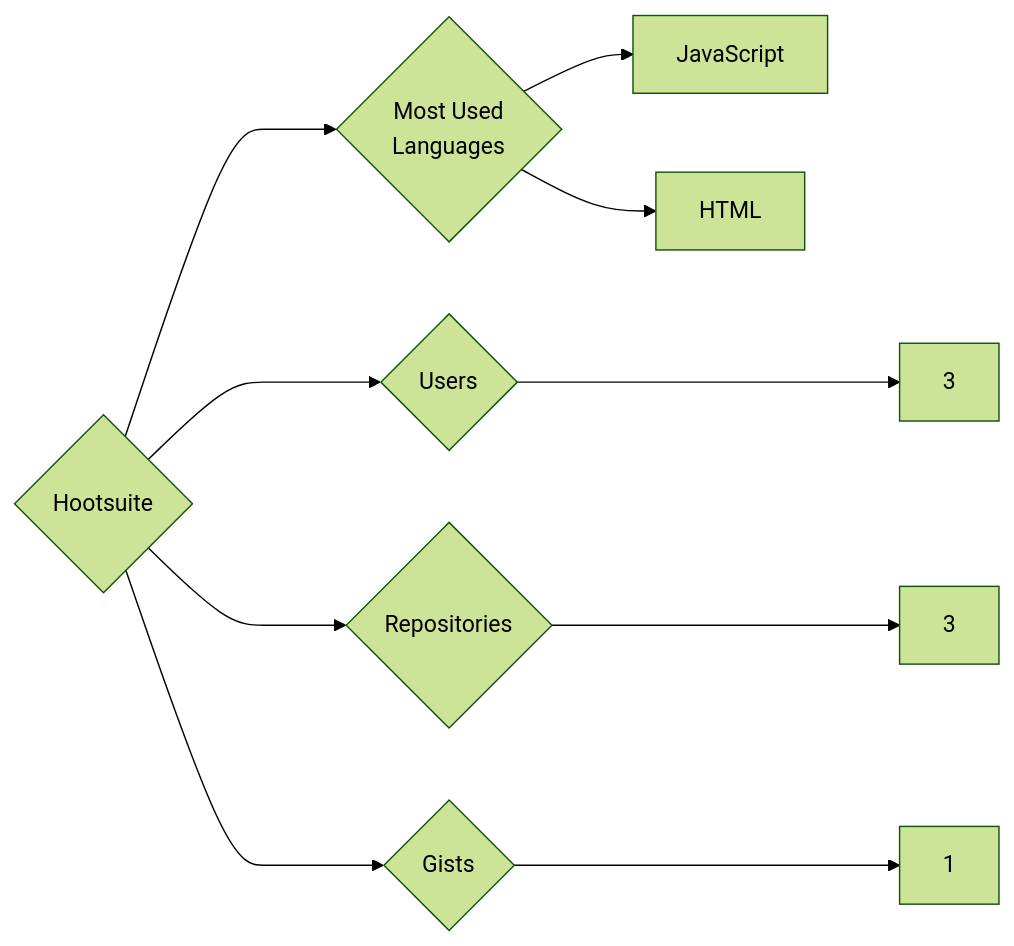
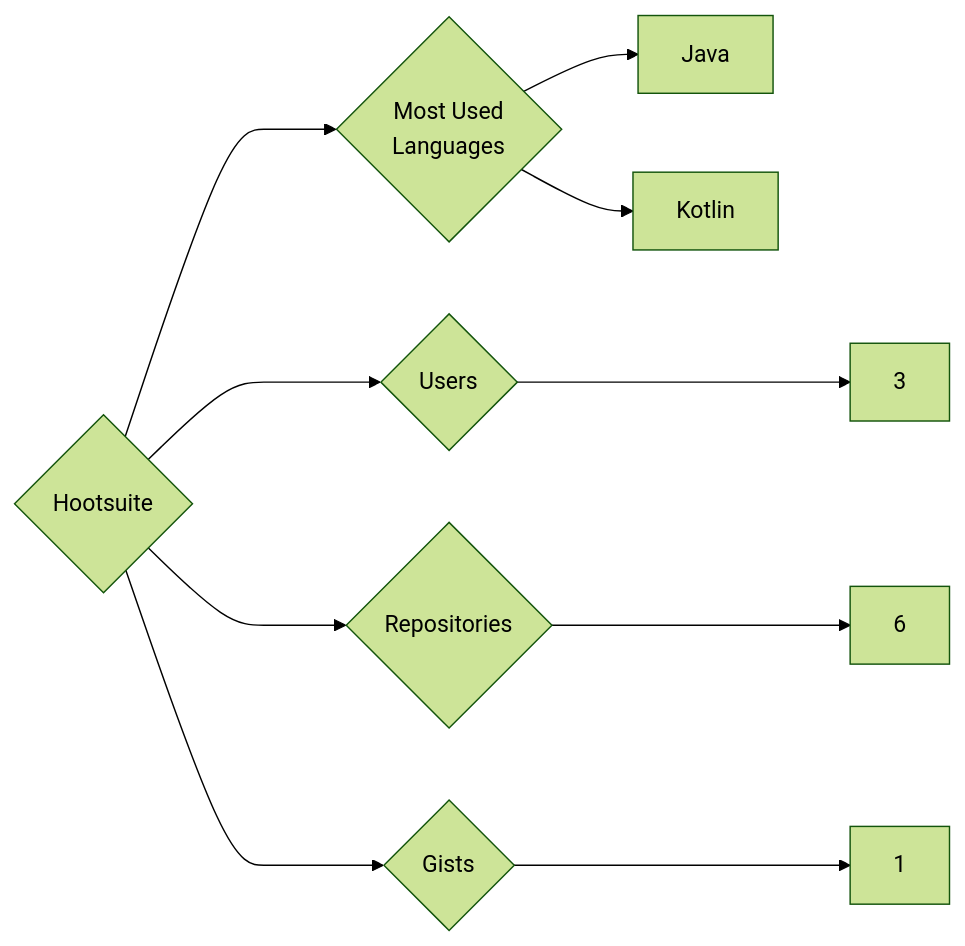
One commit to trickest/insiders changed the diagram in targets/Hootsuite/README.md. Above: the diagram before and after it, drawn with Mermaid (forest theme). The commit also changed 1007 other files, not shown here.

````diff
--- a/targets/Hootsuite/README.md
+++ b/targets/Hootsuite/README.md
@@ -3,10 +3,10 @@
 ```mermaid
 graph LR
 COMPANY_NAME{Hootsuite}
 COMPANY_NAME ---> U{Users} ---> UN[3]
-COMPANY_NAME ---> R{Repositories} ---> RN[3]
+COMPANY_NAME ---> R{Repositories} ---> RN[6]
 COMPANY_NAME ---> G{Gists} ---> GN[1]
 COMPANY_NAME ---> ML{Most Used<br>Languages}
-ML --> JavaScript[JavaScript]
-ML --> HTML[HTML]
+ML --> Java[Java]
+ML --> Kotlin[Kotlin]
 ```
````
